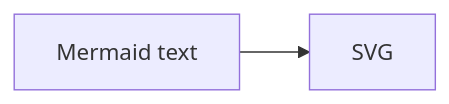
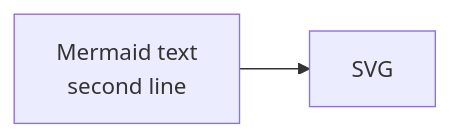
The diagram in utils/obsidian-quartz/tests/hugo-render/content/diagram.md (sspaeti/second-brain-public), drawn with Mermaid before and after one commit. The commit also changed 2 other files, not shown here.

Commit message:
fix: emit mermaid fence text HTML-escaped so <br/> labels keep their line break
safeHTML turned a <br/> inside a label into a live <br> element in the <pre>;
el.textContent drops elements, so both renderers saw the lines run together
(pre-existing with mermaid.js too). Hugo's default escaping keeps it literal.

````diff
--- a/utils/obsidian-quartz/tests/hugo-render/content/diagram.md
+++ b/utils/obsidian-quartz/tests/hugo-render/content/diagram.md
@@ -4,4 +4,4 @@
 ```mermaid
 flowchart LR
-  A[Mermaid text] --> B[SVG]
+  A["Mermaid text<br/>second line"] --> B[SVG]
 ```
````
